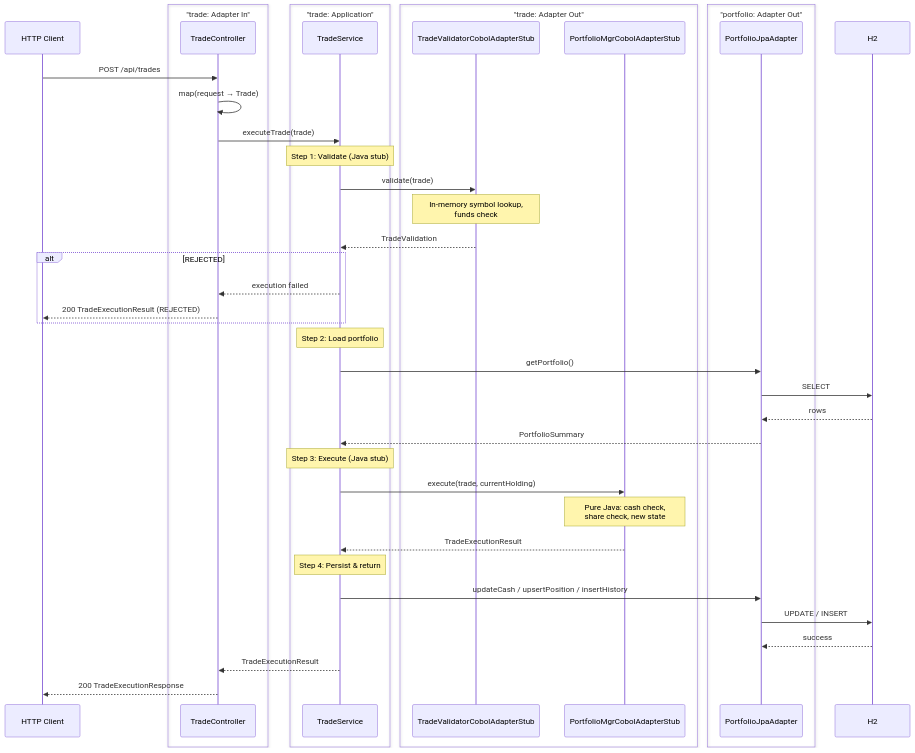
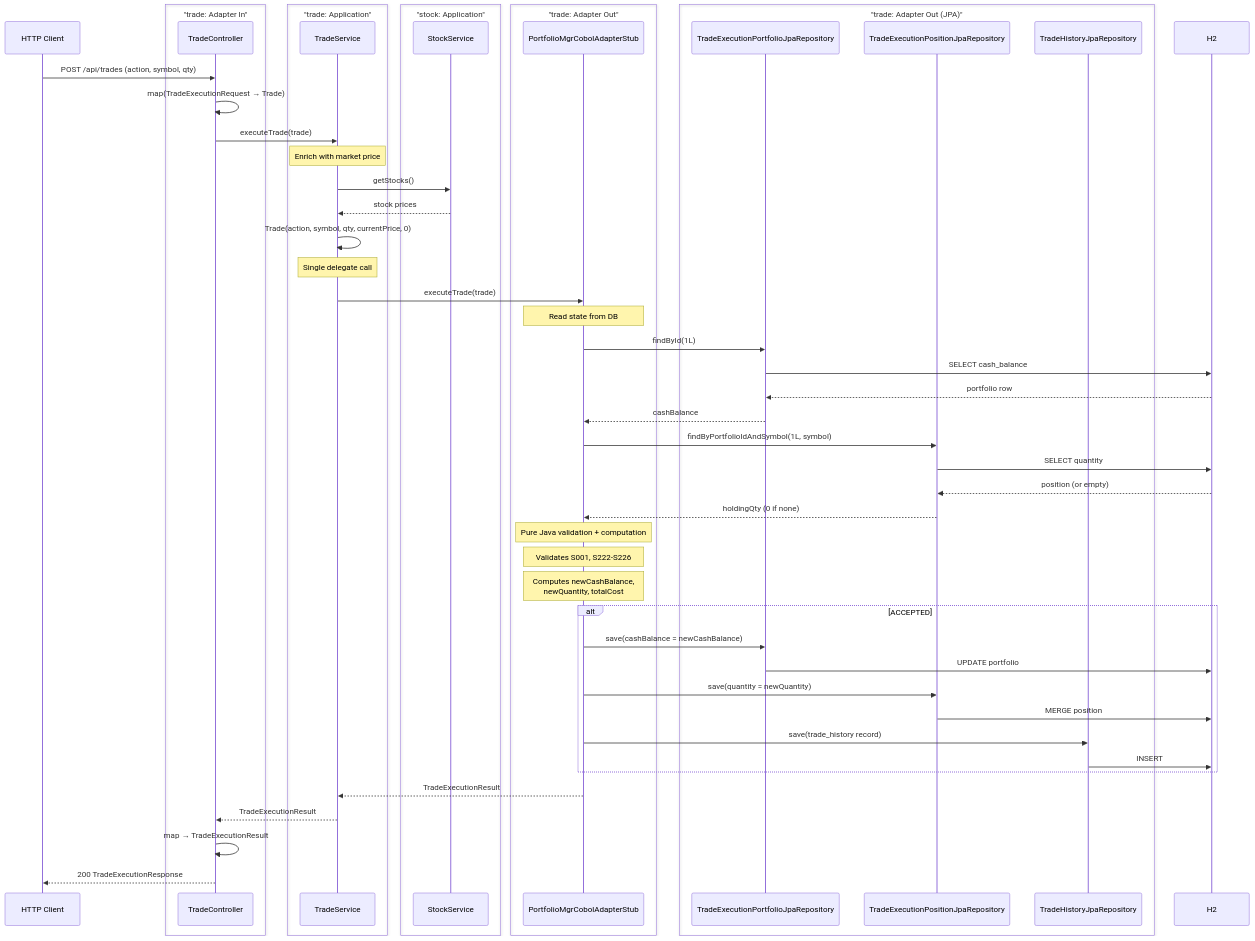
Before and after one commit to franBec/stonks-simulator: the ninth of 11 diagrams in stonks_java/README.md, drawn with Mermaid. The commit also changed other lines of this file and 5 other files, not shown here.

First line of the commit message:
Add OpenAPI spec + modulith wiring for trade execution and history

````diff
--- a/stonks_java/README.md
+++ b/stonks_java/README.md
@@ -345,50 +356,63 @@
 ```mermaid
 sequenceDiagram
     participant Client as HTTP Client
     box "trade: Adapter In"
     participant TC as TradeController
     end
     box "trade: Application"
     participant TS as TradeService
     end
+    box "stock: Application"
+    participant SS as StockService
+    end
     box "trade: Adapter Out"
-    participant TVS as TradeValidatorCobolAdapterStub
     participant PMS as PortfolioMgrCobolAdapterStub
     end
-    box "portfolio: Adapter Out"
-    participant PJA as PortfolioJpaAdapter
+    box "trade: Adapter Out (JPA)"
+    participant TEPR as TradeExecutionPortfolioJpaRepository
+    participant TEPR2 as TradeExecutionPositionJpaRepository
+    participant THR as TradeHistoryJpaRepository
     end
     participant DB as H2
 
-    Client->>TC: POST /api/trades
-    TC->>TC: map(request → Trade)
+    Client->>TC: POST /api/trades (action, symbol, qty)
+    TC->>TC: map(TradeExecutionRequest → Trade)
     TC->>TS: executeTrade(trade)
 
-    Note over TS: Step 1: Validate (Java stub)
-    TS->>TVS: validate(trade)
-    Note over TVS: In-memory symbol lookup,<br/>funds check
-    TVS-->>TS: TradeValidation
-    alt REJECTED
-        TS-->>TC: execution failed
-        TC-->>Client: 200 TradeExecutionResult (REJECTED)
+    Note over TS: Enrich with market price
+    TS->>SS: getStocks()
+    SS-->>TS: stock prices
+    TS->>TS: Trade(action, symbol, qty, currentPrice, 0)
+
+    Note over TS: Single delegate call
+    TS->>PMS: executeTrade(trade)
+
+    Note over PMS: Read state from DB
+    PMS->>TEPR: findById(1L)
+    TEPR->>DB: SELECT cash_balance
+    DB-->>TEPR: portfolio row
+    TEPR-->>PMS: cashBalance
+
+    PMS->>TEPR2: findByPortfolioIdAndSymbol(1L, symbol)
+    TEPR2->>DB: SELECT quantity
+    DB-->>TEPR2: position (or empty)
+    TEPR2-->>PMS: holdingQty (0 if none)
+
+    Note over PMS: Pure Java validation + computation
+    Note over PMS: Validates S001, S222-S226
+    Note over PMS: Computes newCashBalance,<br/>newQuantity, totalCost
+
+    alt ACCEPTED
+        PMS->>TEPR: save(cashBalance = newCashBalance)
+        TEPR->>DB: UPDATE portfolio
+        PMS->>TEPR2: save(quantity = newQuantity)
+        TEPR2->>DB: MERGE position
+        PMS->>THR: save(trade_history record)
+        THR->>DB: INSERT
     end
 
-    Note over TS: Step 2: Load portfolio
-    TS->>PJA: getPortfolio()
-    PJA->>DB: SELECT
-    DB-->>PJA: rows
-    PJA-->>TS: PortfolioSummary
-
-    Note over TS: Step 3: Execute (Java stub)
-    TS->>PMS: execute(trade, currentHolding)
-    Note over PMS: Pure Java: cash check,<br/>share check, new state
     PMS-->>TS: TradeExecutionResult
-
-    Note over TS: Step 4: Persist & return
-    TS->>PJA: updateCash / upsertPosition / insertHistory
-    PJA->>DB: UPDATE / INSERT
-    DB-->>PJA: success
-
     TS-->>TC: TradeExecutionResult
+    TC->>TC: map → TradeExecutionResult
     TC-->>Client: 200 TradeExecutionResponse
 ```
````
